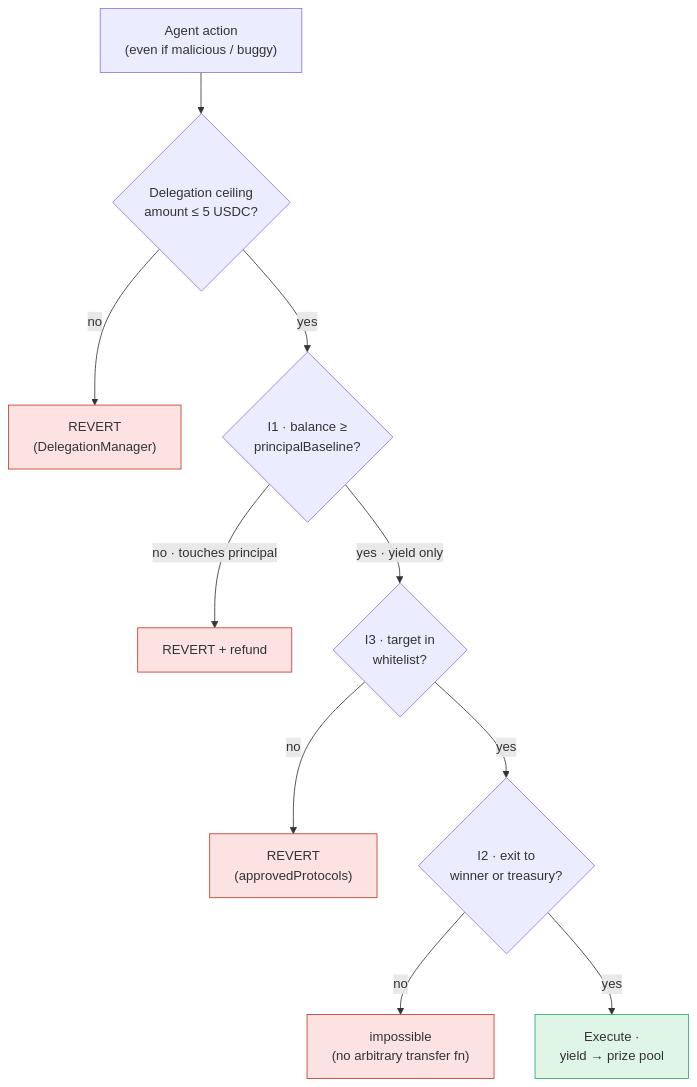
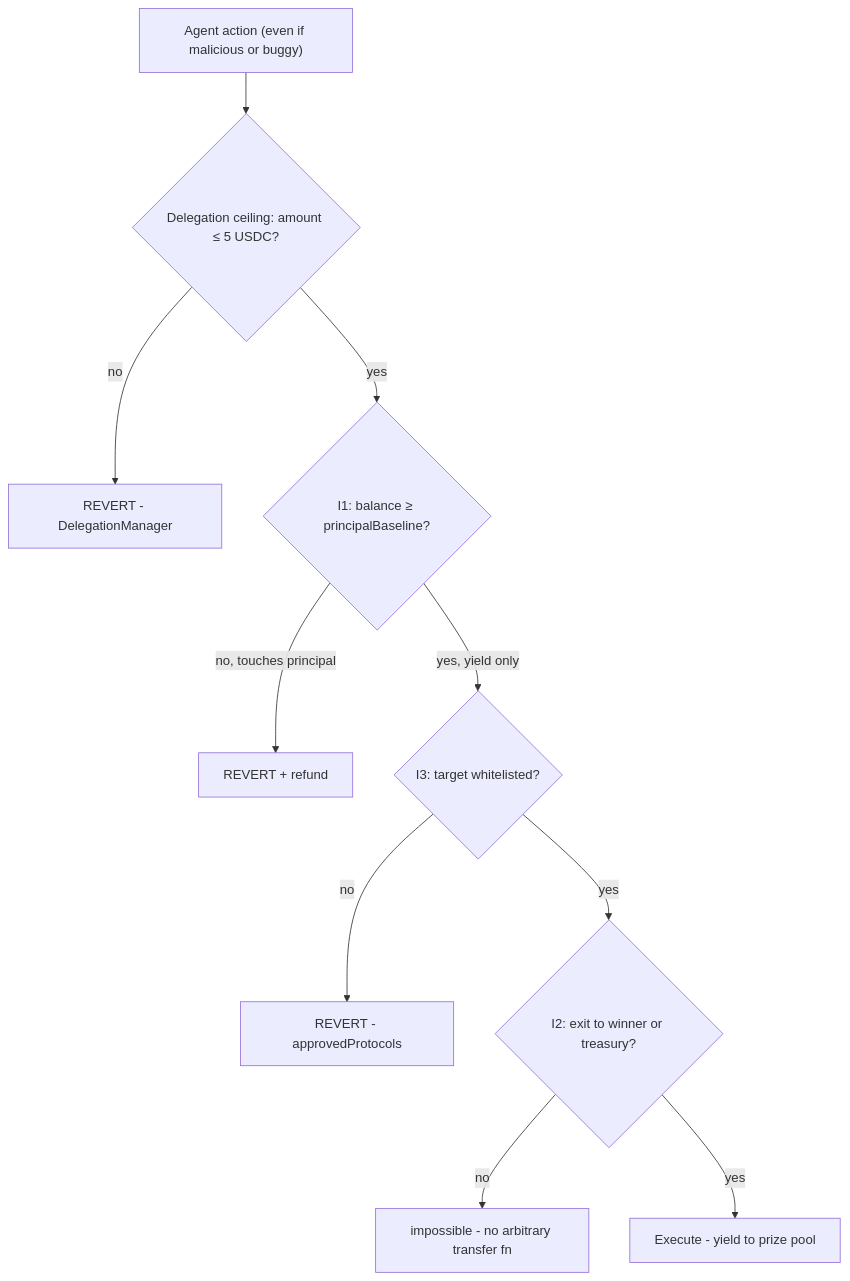
Before and after one commit to ClovaRepo/frontend: the diagram in docs/security.md, drawn with Mermaid. The commit also changed 8 other files, not shown here.

First line of the commit message:
docs: harden mermaid for GitBook renderer

````diff
--- a/docs/security.md
+++ b/docs/security.md
@@ -15,18 +15,12 @@
 ```mermaid
 flowchart TB
-  ATK["Agent action<br/>(even if malicious / buggy)"] --> C0{"Delegation ceiling<br/>amount ≤ 5 USDC?"}
-  C0 -->|"no"| R0["REVERT<br/>(DelegationManager)"]
-  C0 -->|"yes"| C1{"I1 · balance ≥<br/>principalBaseline?"}
-  C1 -->|"no · touches principal"| R1["REVERT + refund"]
-  C1 -->|"yes · yield only"| C2{"I3 · target in<br/>whitelist?"}
-  C2 -->|"no"| R2["REVERT<br/>(approvedProtocols)"]
-  C2 -->|"yes"| C3{"I2 · exit to<br/>winner or treasury?"}
-  C3 -->|"no"| R3["impossible<br/>(no arbitrary transfer fn)"]
-  C3 -->|"yes"| OK["Execute ·<br/>yield → prize pool"]
-
-  style R0 fill:#fde2e2,stroke:#c0392b
-  style R1 fill:#fde2e2,stroke:#c0392b
-  style R2 fill:#fde2e2,stroke:#c0392b
-  style R3 fill:#fde2e2,stroke:#c0392b
-  style OK fill:#dff5e6,stroke:#2FA56B
+  ATK["Agent action (even if malicious or buggy)"] --> C0{"Delegation ceiling: amount ≤ 5 USDC?"}
+  C0 -->|no| R0["REVERT - DelegationManager"]
+  C0 -->|yes| C1{"I1: balance ≥ principalBaseline?"}
+  C1 -->|"no, touches principal"| R1["REVERT + refund"]
+  C1 -->|"yes, yield only"| C2{"I3: target whitelisted?"}
+  C2 -->|no| R2["REVERT - approvedProtocols"]
+  C2 -->|yes| C3{"I2: exit to winner or treasury?"}
+  C3 -->|no| R3["impossible - no arbitrary transfer fn"]
+  C3 -->|yes| OK["Execute - yield to prize pool"]
 ```
````
